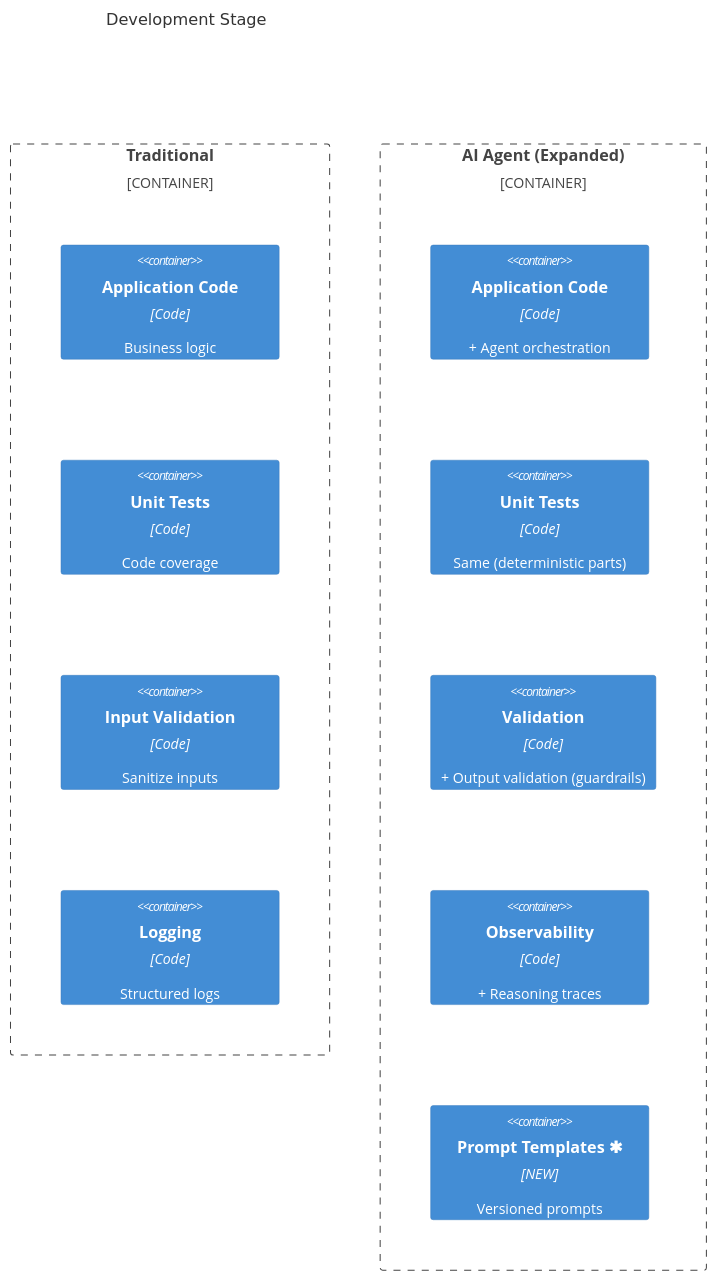
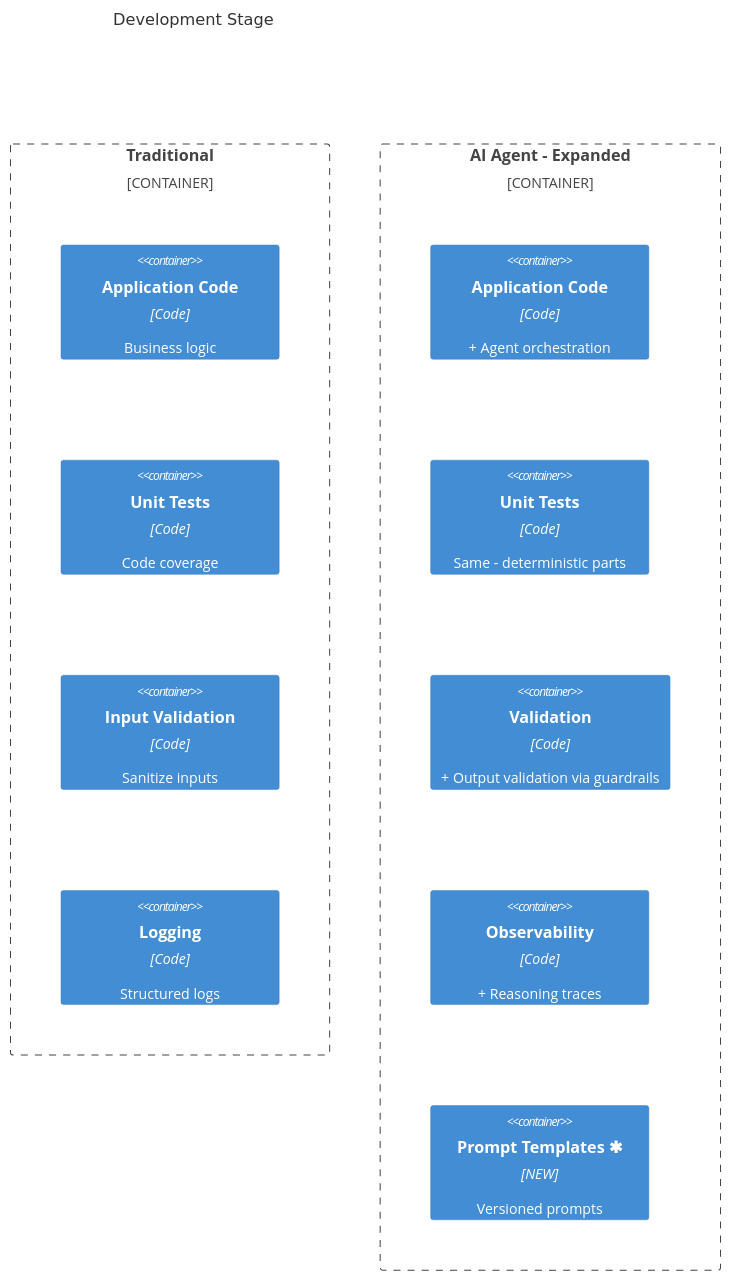
The fifth of 8 diagrams in 03-comparison.md (Ingeniator/ai-agent-sdlc-docs), drawn with Mermaid before and after one commit. The commit also changed other lines of this file and 4 other files, not shown here.

````diff
--- a/03-comparison.md
+++ b/03-comparison.md
@@ -162,19 +162,19 @@
 ```mermaid
 C4Container
     title Development Stage
 
     Container_Boundary(trad, "Traditional") {
         Container(t1, "Application Code", "Code", "Business logic")
         Container(t2, "Unit Tests", "Code", "Code coverage")
         Container(t3, "Input Validation", "Code", "Sanitize inputs")
         Container(t4, "Logging", "Code", "Structured logs")
     }
 
-    Container_Boundary(ai, "AI Agent (Expanded)") {
+    Container_Boundary(ai, "AI Agent - Expanded") {
         Container(a1, "Application Code", "Code", "+ Agent orchestration")
-        Container(a2, "Unit Tests", "Code", "Same (deterministic parts)")
-        Container(a3, "Validation", "Code", "+ Output validation (guardrails)")
+        Container(a2, "Unit Tests", "Code", "Same - deterministic parts")
+        Container(a3, "Validation", "Code", "+ Output validation via guardrails")
         Container(a4, "Observability", "Code", "+ Reasoning traces")
         Container(a5, "Prompt Templates ✱", "NEW", "Versioned prompts")
     }
 ```
````
